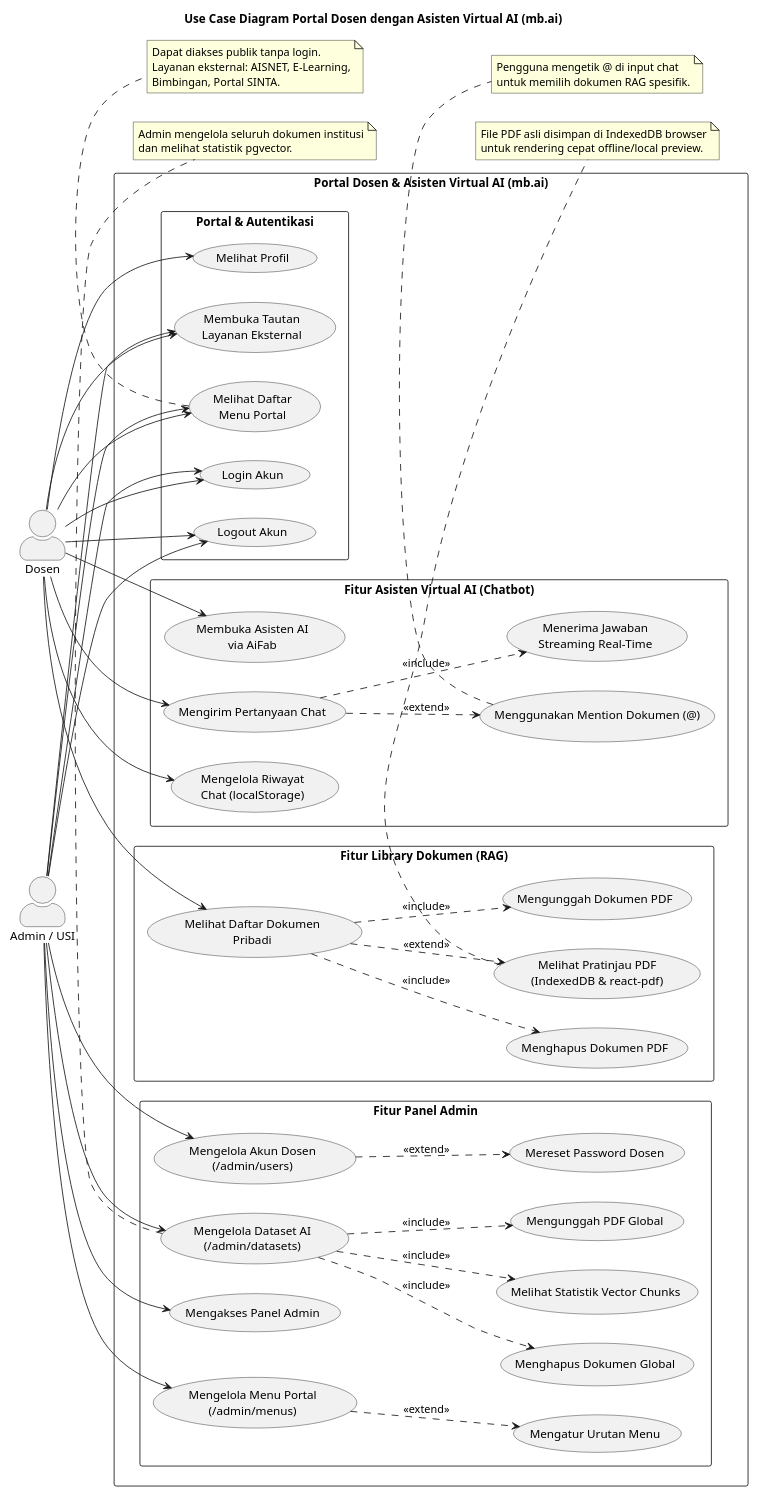
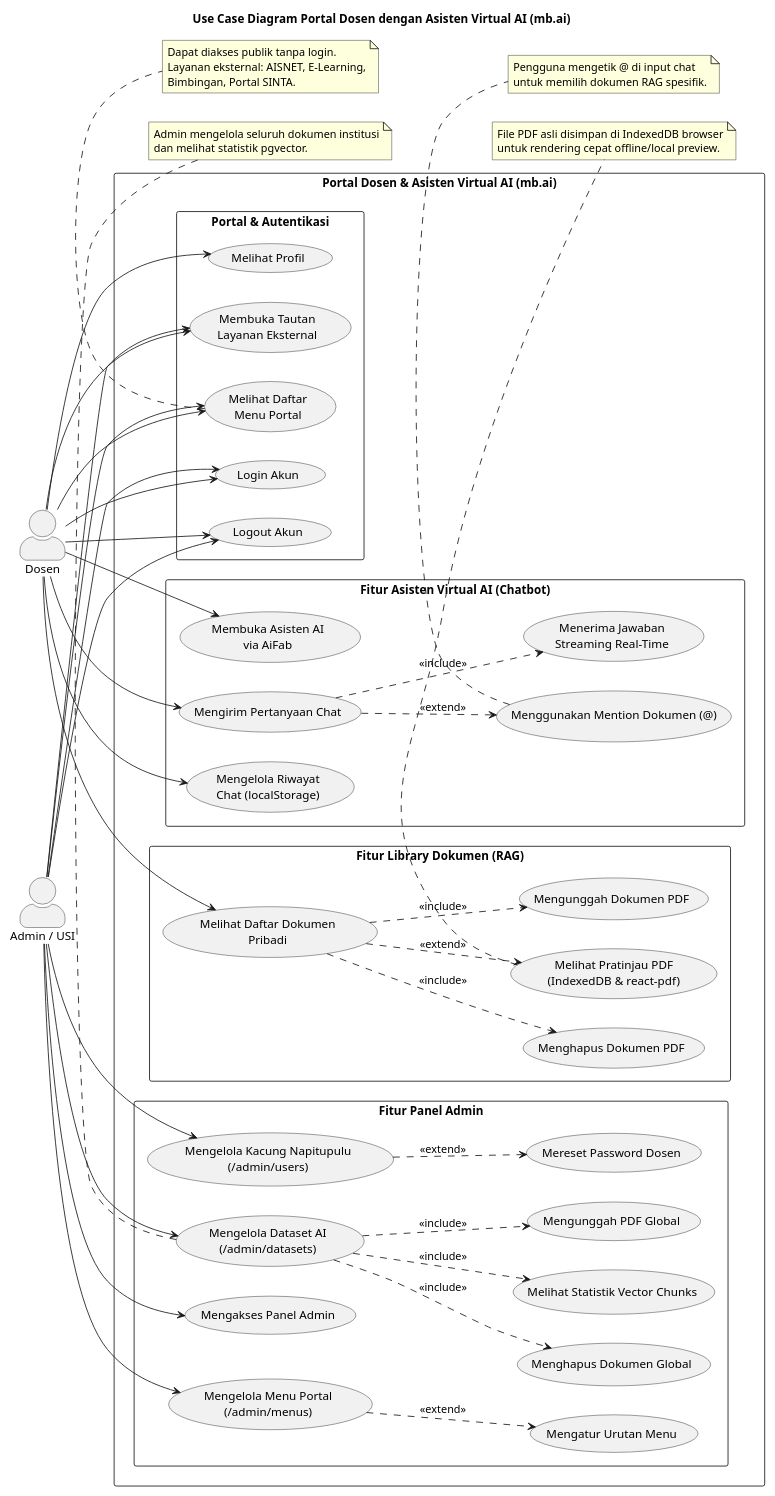
The diagram in uml/use_case.md (Badru9/chatbot), drawn with PlantUML before and after one commit. The commit also changed 33 other files, not shown here.

```diff
--- a/uml/use_case.md
+++ b/uml/use_case.md
@@ -47,7 +47,7 @@
         usecase "Menghapus Dokumen Global" as UC113
         usecase "Mengelola Menu Portal\n(/admin/menus)" as UC12
         usecase "Mengatur Urutan Menu" as UC121
-        usecase "Mengelola Akun Dosen\n(/admin/users)" as UC13
+        usecase "Mengelola Kacung Napitupulu\n(/admin/users)" as UC13
         usecase "Mereset Password Dosen" as UC131
     }
 }
```
